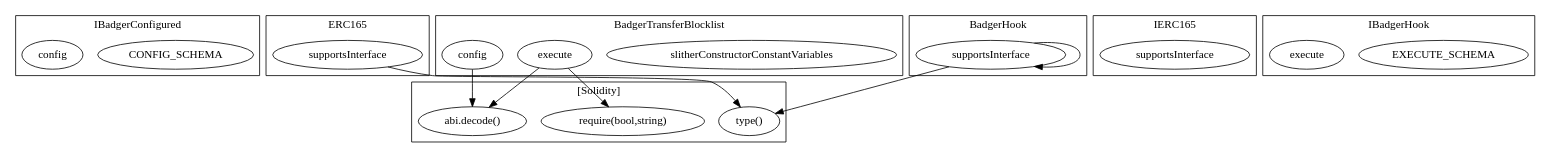
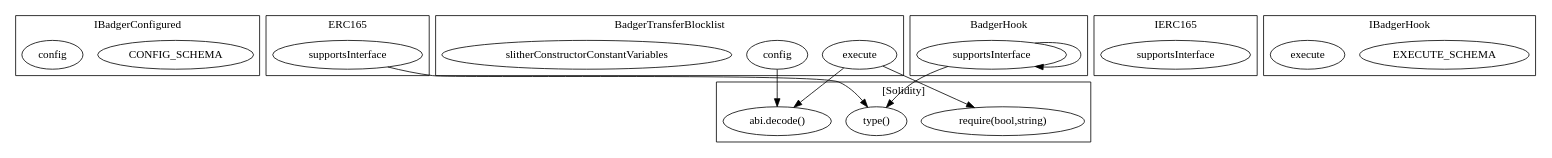
One commit to FlipsideCrypto/badger changed the diagram in contracts/build/...BadgerTransferBlocklist.call-graph.dot. Above: the diagram before and after it, drawn with Graphviz. The commit also changed other lines of this file and 21 other files, not shown here.

```diff
--- a/contracts/build/...BadgerTransferBlocklist.call-graph.dot
+++ b/contracts/build/...BadgerTransferBlocklist.call-graph.dot
@@ -1,36 +1,36 @@
 strict digraph {
 subgraph cluster_6468_IBadgerConfigured {
 label = "IBadgerConfigured"
 "6468_CONFIG_SCHEMA" [label="CONFIG_SCHEMA"]
 "6468_config" [label="config"]
 }subgraph cluster_3081_ERC165 {
 label = "ERC165"
 "3081_supportsInterface" [label="supportsInterface"]
 }subgraph cluster_6068_BadgerTransferBlocklist {
 label = "BadgerTransferBlocklist"
-"6068_slitherConstructorConstantVariables" [label="slitherConstructorConstantVariables"]
 "6068_execute" [label="execute"]
 "6068_config" [label="config"]
+"6068_slitherConstructorConstantVariables" [label="slitherConstructorConstantVariables"]
 }subgraph cluster_3093_IERC165 {
 label = "IERC165"
 "3093_supportsInterface" [label="supportsInterface"]
 }subgraph cluster_6488_IBadgerHook {
 label = "IBadgerHook"
 "6488_EXECUTE_SCHEMA" [label="EXECUTE_SCHEMA"]
 "6488_execute" [label="execute"]
 }subgraph cluster_4956_BadgerHook {
 label = "BadgerHook"
 "4956_supportsInterface" [label="supportsInterface"]
 "4956_supportsInterface" -> "4956_supportsInterface"
 }subgraph cluster_solidity {
 label = "[Solidity]"
 "abi.decode()" 
 "require(bool,string)" 
 "type()" 
+"4956_supportsInterface" -> "type()"
+"6068_config" -> "abi.decode()"
+"6068_execute" -> "abi.decode()"
 "3081_supportsInterface" -> "type()"
 "6068_execute" -> "require(bool,string)"
-"4956_supportsInterface" -> "type()"
-"6068_execute" -> "abi.decode()"
-"6068_config" -> "abi.decode()"
 }
 }
```
